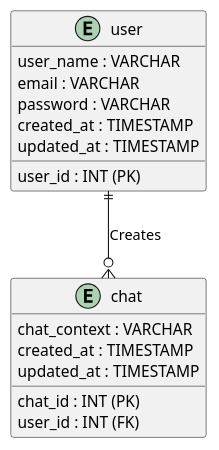
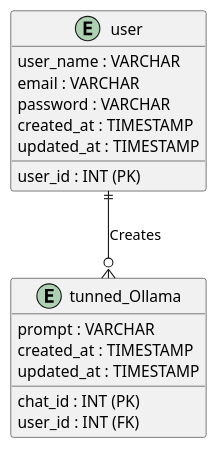
The diagram in diagram/ERD.puml (Skkuhodomo/llama_chat_memory), drawn with PlantUML before and after one commit. The commit also changed 3 other files, not shown here.

```diff
--- a/diagram/ERD.puml
+++ b/diagram/ERD.puml
@@ -1,23 +1,23 @@
 @startuml ERD
 Entity user {
     user_id : INT (PK)
     user_name : VARCHAR
     email : VARCHAR
     password : VARCHAR
     created_at : TIMESTAMP
     updated_at : TIMESTAMP
 }
 
-Entity chat{ 
+Entity tunned_Ollama{ 
     chat_id : INT (PK) 
-    chat_context : VARCHAR
+    prompt : VARCHAR
     created_at : TIMESTAMP
     updated_at : TIMESTAMP
     user_id : INT (FK)
 } 
 
-user ||--o{ chat : Creates
+user ||--o{ tunned_Ollama : Creates
 
 
 
 @enduml 
```
